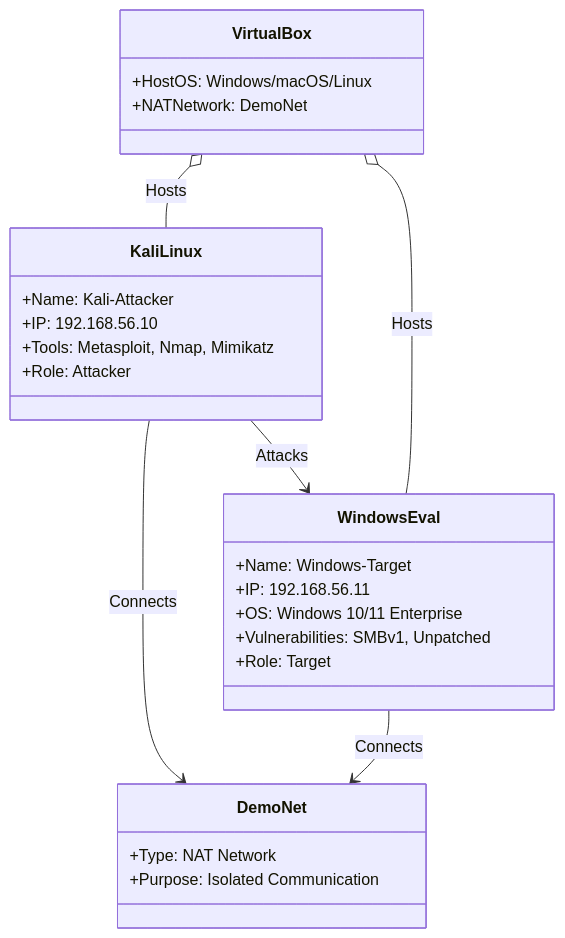
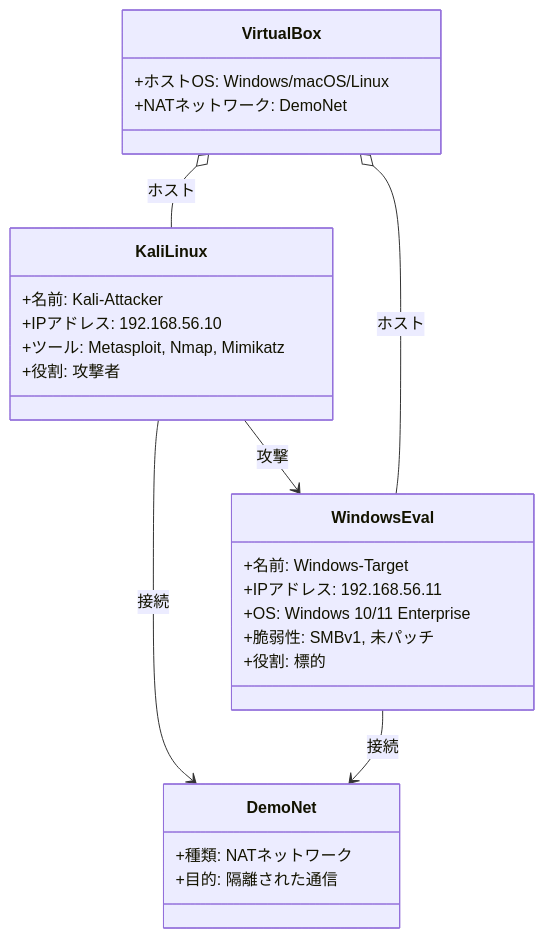
Before and after one commit to JT-External/apt-demo-explanation: the first of 2 diagrams in README.md, drawn with Mermaid. The commit also changed other lines of this file, not shown here.

````diff
--- a/README.md
+++ b/README.md
@@ -3,30 +3,30 @@
 ```mermaid
 classDiagram
     class VirtualBox {
-        +HostOS: Windows/macOS/Linux
-        +NATNetwork: DemoNet
+        +ホストOS: Windows/macOS/Linux
+        +NATネットワーク: DemoNet
     }
     class KaliLinux {
-        +Name: Kali-Attacker
-        +IP: 192.168.56.10
-        +Tools: Metasploit, Nmap, Mimikatz
-        +Role: Attacker
+        +名前: Kali-Attacker
+        +IPアドレス: 192.168.56.10
+        +ツール: Metasploit, Nmap, Mimikatz
+        +役割: 攻撃者
     }
     class WindowsEval {
-        +Name: Windows-Target
-        +IP: 192.168.56.11
+        +名前: Windows-Target
+        +IPアドレス: 192.168.56.11
         +OS: Windows 10/11 Enterprise
-        +Vulnerabilities: SMBv1, Unpatched
-        +Role: Target
+        +脆弱性: SMBv1, 未パッチ
+        +役割: 標的
     }
     class DemoNet {
-        +Type: NAT Network
-        +Purpose: Isolated Communication
+        +種類: NATネットワーク
+        +目的: 隔離された通信
     }
 
-    VirtualBox o-- KaliLinux : Hosts
-    VirtualBox o-- WindowsEval : Hosts
-    KaliLinux --> DemoNet : Connects
-    WindowsEval --> DemoNet : Connects
-    KaliLinux --> WindowsEval : Attacks
+    VirtualBox o-- KaliLinux : ホスト
+    VirtualBox o-- WindowsEval : ホスト
+    KaliLinux --> DemoNet : 接続
+    WindowsEval --> DemoNet : 接続
+    KaliLinux --> WindowsEval : 攻撃
 ```
````
